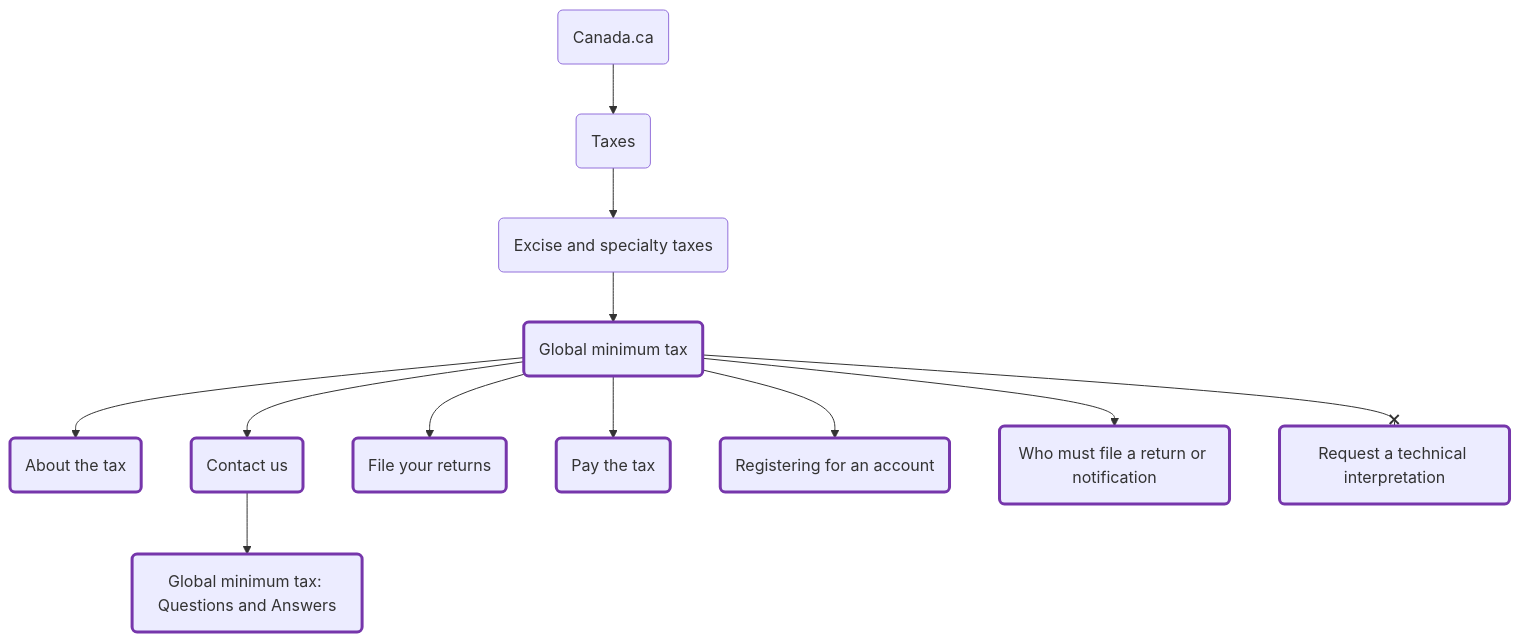
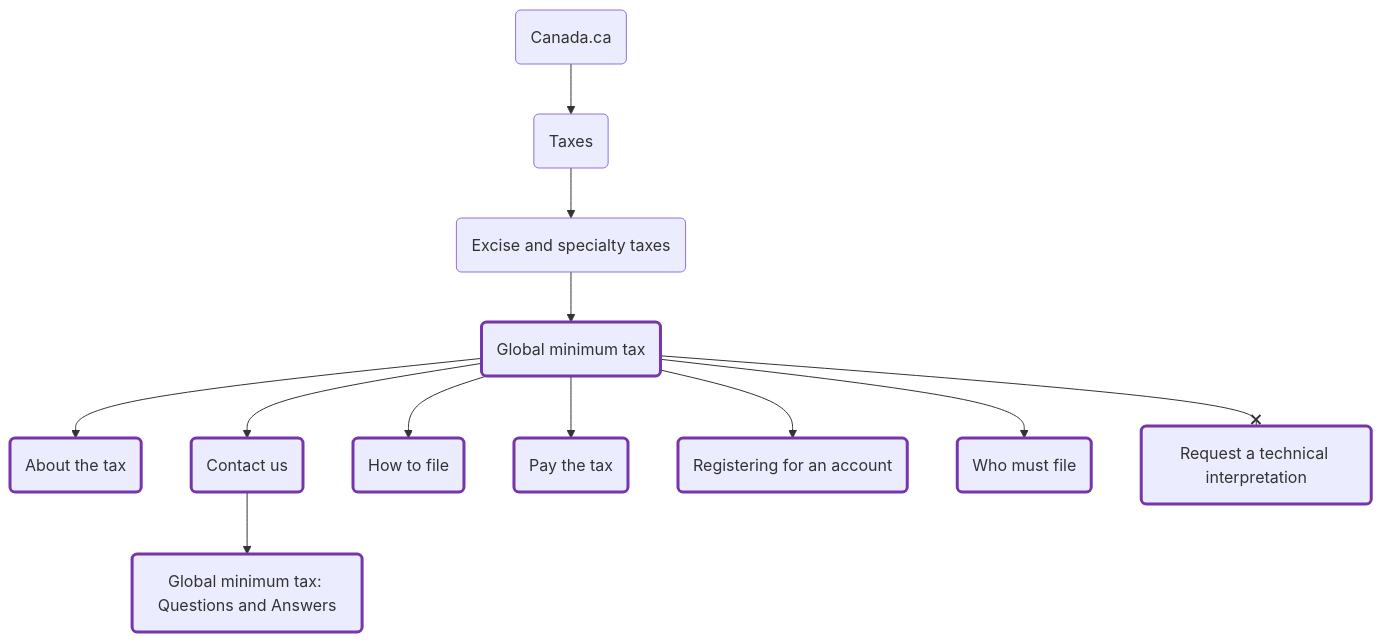
The diagram in README.md (cra-proto/gmt-updates-2026), drawn with Mermaid before and after one commit. The commit also changed 7 other files, not shown here.

````diff
--- a/README.md
+++ b/README.md
@@ -32,40 +32,40 @@
 ```mermaid
 flowchart TD;
     node1(Canada.ca)
     node2(Taxes)
     node3(Excise and specialty taxes)
     node4(Global minimum tax)
     node5(About the tax)
     node6(Contact us)
     node7(Global minimum tax: Questions and Answers)
-    node8(File your returns)
+    node8(How to file)
     node9(Pay the tax)
     node10(Registering for an account)
-    node11(Who must file a return or notification)
+    node11(Who must file)
     node12(Request a technical interpretation)
     node1 --> node2
     node2 --> node3
     node3 --> node4
     node4 --> node5
     node4 --> node6
     node6 --> node7
     node4 --> node8
     node4 --> node9
     node4 --> node10
     node4 --> node11
     node4 --x node12
     click node1 "https://www.canada.ca/en.html" _blank
     click node2 "https://www.canada.ca/en/services/taxes.html" _blank
     click node3 "https://www.canada.ca/en/services/taxes/excise-taxes-duties-and-levies.html" _blank
     click node4 "https://www.canada.ca/en/services/taxes/excise-taxes-duties-and-levies/global-minimum-tax.html" _blank
     click node5 "https://www.canada.ca/en/services/taxes/excise-taxes-duties-and-levies/global-minimum-tax/about.html" _blank
     click node6 "https://www.canada.ca/en/services/taxes/excise-taxes-duties-and-levies/global-minimum-tax/contact.html" _blank
     click node7 "https://www.canada.ca/en/services/taxes/excise-taxes-duties-and-levies/global-minimum-tax/contact/global-minimum-tax-faq.html" _blank
     click node8 "https://www.canada.ca/en/services/taxes/excise-taxes-duties-and-levies/global-minimum-tax/file-returns.html" _blank
     click node9 "https://www.canada.ca/en/services/taxes/excise-taxes-duties-and-levies/global-minimum-tax/pay-the-tax.html" _blank
     click node10 "https://www.canada.ca/en/services/taxes/excise-taxes-duties-and-levies/global-minimum-tax/register-account.html" _blank
     click node11 "https://www.canada.ca/en/services/taxes/excise-taxes-duties-and-levies/global-minimum-tax/who-must-file.html" _blank
     click node12 "https://www.canada.ca/en/services/taxes/excise-taxes-duties-and-levies/global-minimum-tax/request-technical-interpretation.html" _blank
     classDef inscope stroke:#7636ab,stroke-width:3px
     class node4,node5,node6,node7,node8,node9,node10,node11,node12 inscope
 ```
````
